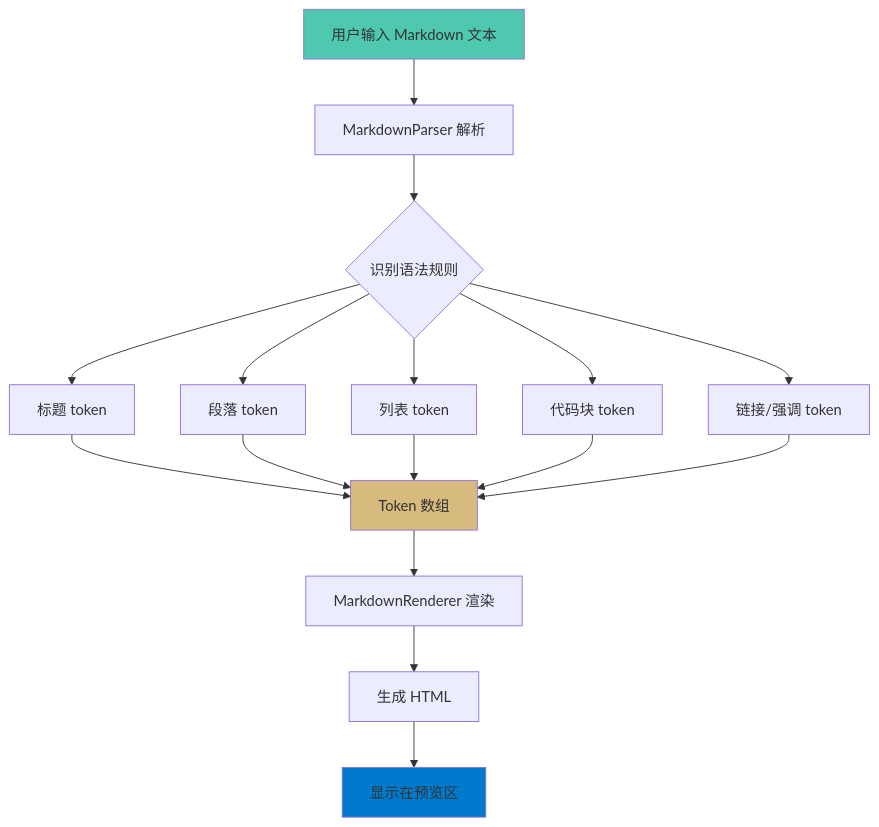
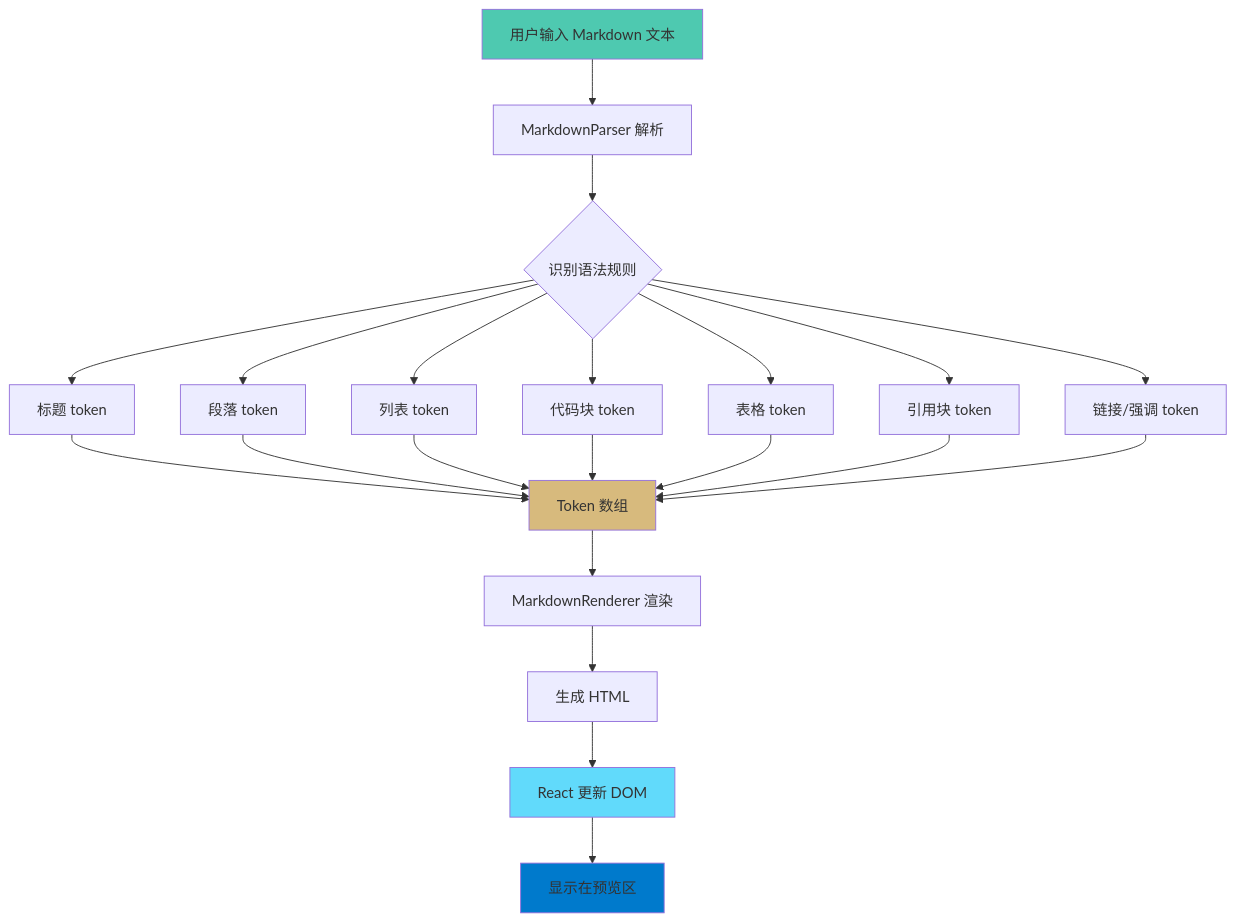
Before and after one commit to Canace22/md-render: the first of 3 diagrams in ARCHITECTURE.md, drawn with Mermaid. The commit also changed other lines of this file, not shown here.

Commit message:
update architecture document

````diff
--- a/ARCHITECTURE.md
+++ b/ARCHITECTURE.md
@@ -7,22 +7,28 @@
 ```mermaid
 graph TD
     A[用户输入 Markdown 文本] --> B[MarkdownParser 解析]
     B --> C{识别语法规则}
     C --> D1[标题 token]
     C --> D2[段落 token]
     C --> D3[列表 token]
     C --> D4[代码块 token]
-    C --> D5[链接/强调 token]
+    C --> D5[表格 token]
+    C --> D6[引用块 token]
+    C --> D7[链接/强调 token]
     D1 --> E[Token 数组]
     D2 --> E
     D3 --> E
     D4 --> E
     D5 --> E
+    D6 --> E
+    D7 --> E
     E --> F[MarkdownRenderer 渲染]
     F --> G[生成 HTML]
-    G --> H[显示在预览区]
+    G --> H[React 更新 DOM]
+    H --> I[显示在预览区]
     
     style A fill:#4ec9b0
-    style H fill:#007acc
+    style I fill:#007acc
     style E fill:#d7ba7d
+    style H fill:#61dafb
 ```
````
